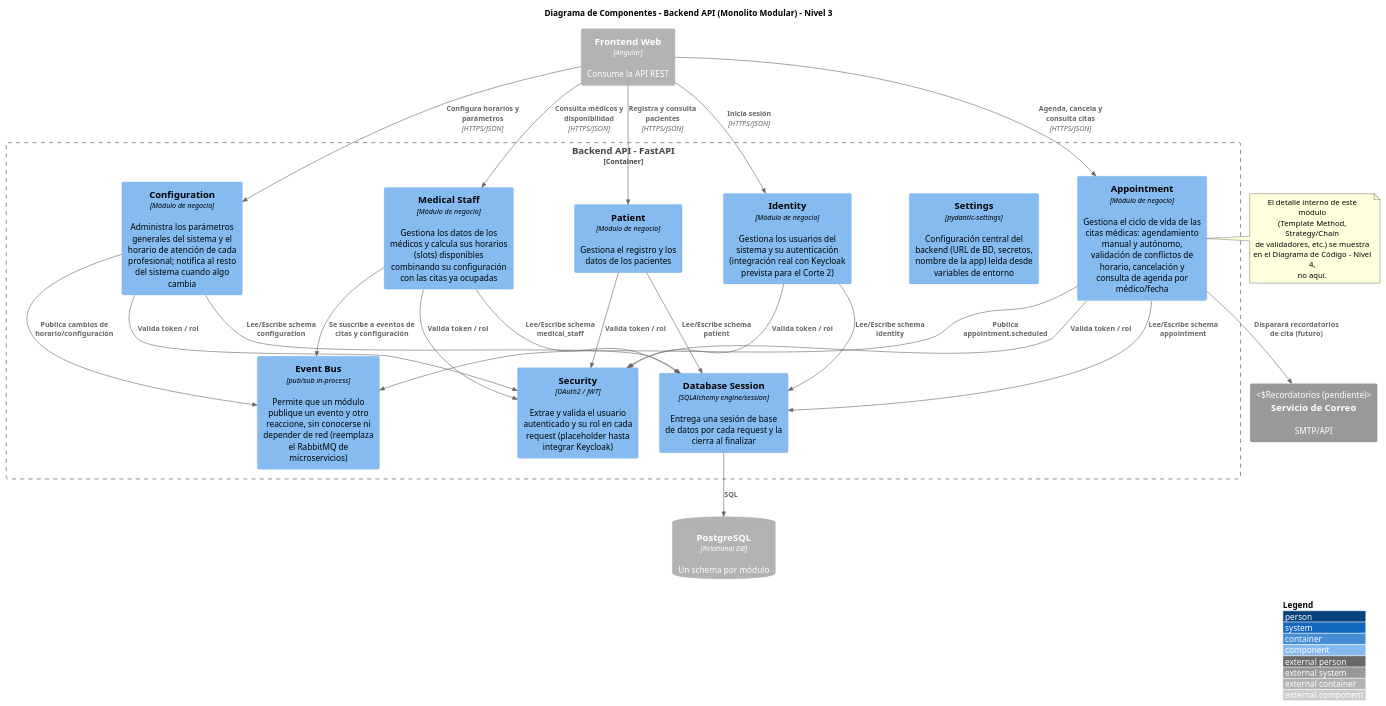
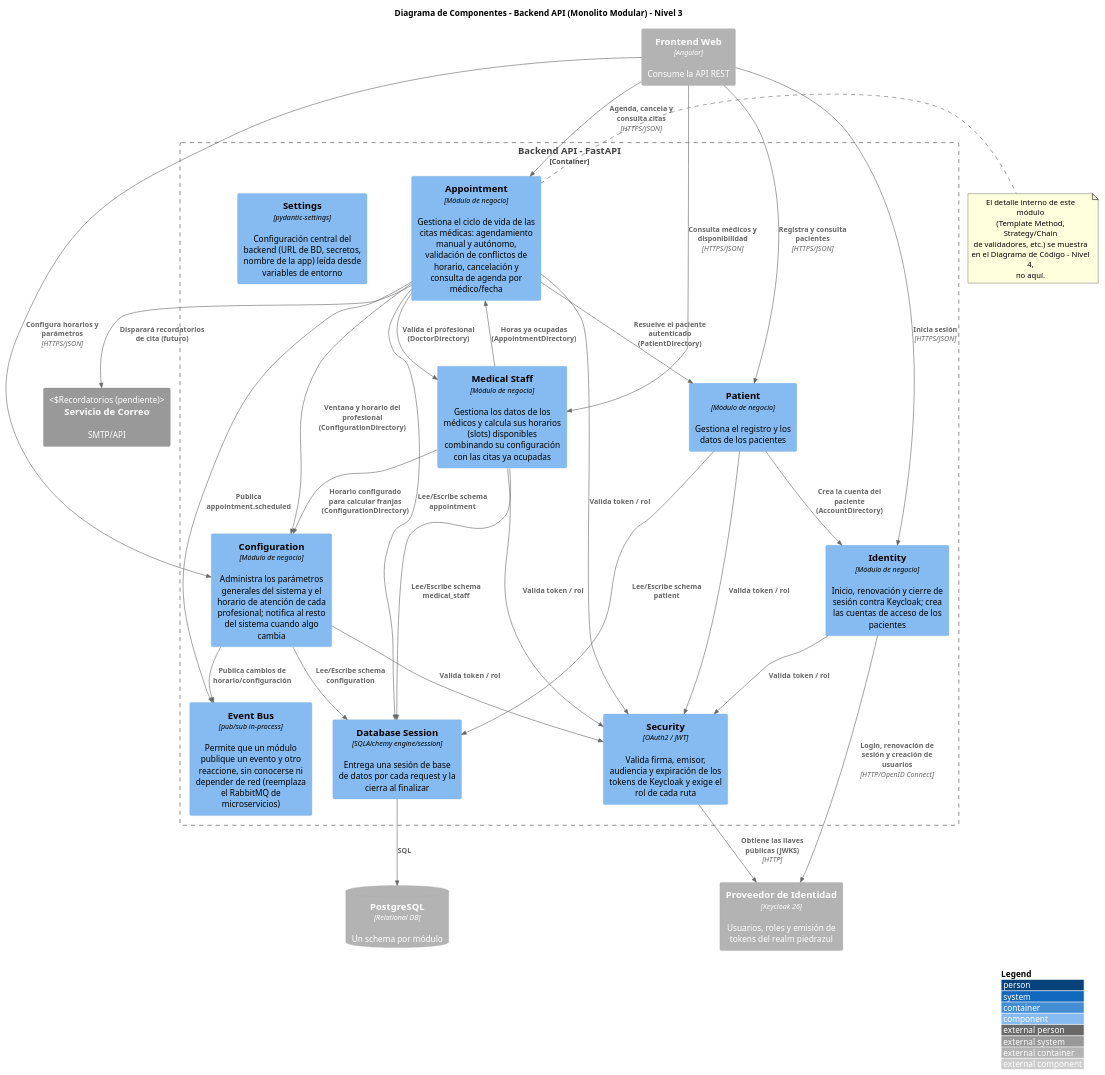
One commit to SantiagoGutierrez11/piedrazul-monolitic changed the diagram in docs/architecture/c4-nivel3-componentes.puml. Above: the diagram before and after it, drawn with PlantUML. The commit also changed 8 other files, not shown here.

Commit message:
Update architecture diagrams for authentication and scheduling

```diff
--- a/docs/architecture/c4-nivel3-componentes.puml
+++ b/docs/architecture/c4-nivel3-componentes.puml
@@ -1,57 +1,64 @@
 @startuml
 !include <C4/C4_Component>
 LAYOUT_WITH_LEGEND()
 title Diagrama de Componentes - Backend API (Monolito Modular) - Nivel 3
 
 Container_Ext(frontend, "Frontend Web", "Angular", "Consume la API REST")
 ContainerDb_Ext(postgres, "PostgreSQL", "Relational DB", "Un schema por módulo")
 System_Ext(correo, "Servicio de Correo", "SMTP/API", "Recordatorios (pendiente)")
+Container_Ext(keycloak, "Proveedor de Identidad", "Keycloak 26", "Usuarios, roles y emisión de tokens del realm piedrazul")
 
 Container_Boundary(backend, "Backend API - FastAPI") {
 
     Component(config, "Settings", "pydantic-settings", "Configuración central del backend (URL de BD, secretos, nombre de la app) leída desde variables de entorno")
     Component(db_session, "Database Session", "SQLAlchemy engine/session", "Entrega una sesión de base de datos por cada request y la cierra al finalizar")
     Component(event_bus, "Event Bus", "pub/sub in-process", "Permite que un módulo publique un evento y otro reaccione, sin conocerse ni depender de red (reemplaza el RabbitMQ de microservicios)")
-    Component(security, "Security", "OAuth2 / JWT", "Extrae y valida el usuario autenticado y su rol en cada request (placeholder hasta integrar Keycloak)")
+    Component(security, "Security", "OAuth2 / JWT", "Valida firma, emisor, audiencia y expiración de los tokens de Keycloak y exige el rol de cada ruta")
 
     Component(appointment_mod, "Appointment", "Módulo de negocio", "Gestiona el ciclo de vida de las citas médicas: agendamiento manual y autónomo, validación de conflictos de horario, cancelación y consulta de agenda por médico/fecha")
     Component(configuration_mod, "Configuration", "Módulo de negocio", "Administra los parámetros generales del sistema y el horario de atención de cada profesional; notifica al resto del sistema cuando algo cambia")
     Component(medical_mod, "Medical Staff", "Módulo de negocio", "Gestiona los datos de los médicos y calcula sus horarios (slots) disponibles combinando su configuración con las citas ya ocupadas")
     Component(patient_mod, "Patient", "Módulo de negocio", "Gestiona el registro y los datos de los pacientes")
-    Component(identity_mod, "Identity", "Módulo de negocio", "Gestiona los usuarios del sistema y su autenticación (integración real con Keycloak prevista para el Corte 2)")
+    Component(identity_mod, "Identity", "Módulo de negocio", "Inicio, renovación y cierre de sesión contra Keycloak; crea las cuentas de acceso de los pacientes")
 }
 
 Rel(frontend, appointment_mod, "Agenda, cancela y consulta citas", "HTTPS/JSON")
 Rel(frontend, configuration_mod, "Configura horarios y parámetros", "HTTPS/JSON")
 Rel(frontend, medical_mod, "Consulta médicos y disponibilidad", "HTTPS/JSON")
 Rel(frontend, patient_mod, "Registra y consulta pacientes", "HTTPS/JSON")
 Rel(frontend, identity_mod, "Inicia sesión", "HTTPS/JSON")
 
 Rel(appointment_mod, event_bus, "Publica appointment.scheduled")
 Rel(configuration_mod, event_bus, "Publica cambios de horario/configuración")
-Rel(medical_mod, event_bus, "Se suscribe a eventos de citas y configuración")
+Rel(appointment_mod, medical_mod, "Valida el profesional (DoctorDirectory)")
+Rel(appointment_mod, patient_mod, "Resuelve el paciente autenticado (PatientDirectory)")
+Rel(appointment_mod, configuration_mod, "Ventana y horario del profesional (ConfigurationDirectory)")
+Rel(medical_mod, configuration_mod, "Horario configurado para calcular franjas (ConfigurationDirectory)")
+Rel(medical_mod, appointment_mod, "Horas ya ocupadas (AppointmentDirectory)")
+Rel(patient_mod, identity_mod, "Crea la cuenta del paciente (AccountDirectory)")
 
 Rel(appointment_mod, db_session, "Lee/Escribe schema appointment")
 Rel(configuration_mod, db_session, "Lee/Escribe schema configuration")
 Rel(medical_mod, db_session, "Lee/Escribe schema medical_staff")
 Rel(patient_mod, db_session, "Lee/Escribe schema patient")
-Rel(identity_mod, db_session, "Lee/Escribe schema identity")
+Rel(identity_mod, keycloak, "Login, renovación de sesión y creación de usuarios", "HTTP/OpenID Connect")
+Rel(security, keycloak, "Obtiene las llaves públicas (JWKS)", "HTTP")
 Rel(db_session, postgres, "SQL")
 
 Rel(appointment_mod, security, "Valida token / rol")
 Rel(configuration_mod, security, "Valida token / rol")
 Rel(medical_mod, security, "Valida token / rol")
 Rel(patient_mod, security, "Valida token / rol")
 Rel(identity_mod, security, "Valida token / rol")
 
 Rel(appointment_mod, correo, "Disparará recordatorios de cita (futuro)")
 
 note right of appointment_mod
   El detalle interno de este módulo
   (Template Method, Strategy/Chain
   de validadores, etc.) se muestra
   en el Diagrama de Código - Nivel 4,
   no aquí.
 end note
 
 @enduml
```
